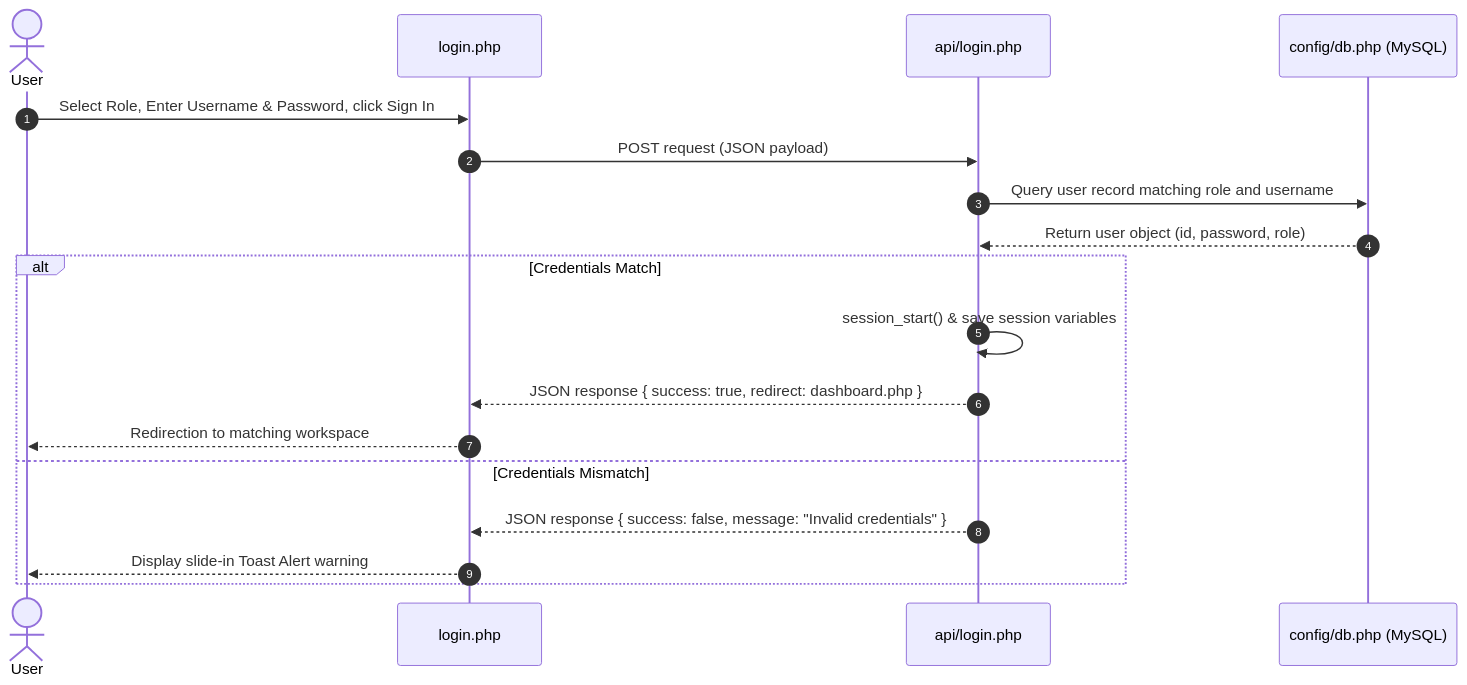
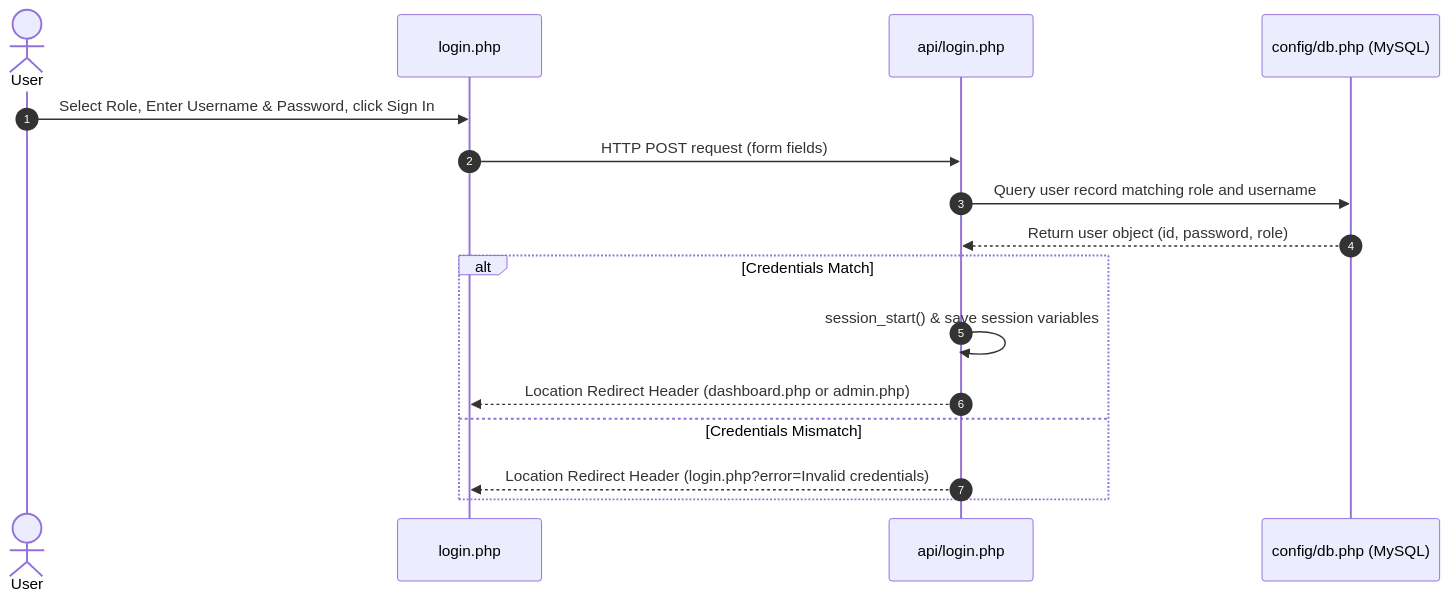
Before and after one commit to Fathima-Asna/ICBT-WEB-Development: the third of 6 diagrams in README.md, drawn with Mermaid. The commit also changed other lines of this file, not shown here.

Commit message:
Update README.md with detailed file descriptions, sitemap, UML use case, and sequence diagrams matching the new standard form-based architecture

````diff
--- a/README.md
+++ b/README.md
@@ -133,21 +165,19 @@
 ```mermaid
 sequenceDiagram
     autonumber
     actor User
     participant Login as login.php
     participant API as api/login.php
     participant DB as config/db.php (MySQL)
     
     User->>Login: Select Role, Enter Username & Password, click Sign In
-    Login->>API: POST request (JSON payload)
+    Login->>API: HTTP POST request (form fields)
     API->>DB: Query user record matching role and username
     DB-->>API: Return user object (id, password, role)
     alt Credentials Match
         API->>API: session_start() & save session variables
-        API-->>Login: JSON response { success: true, redirect: dashboard.php }
-        Login-->>User: Redirection to matching workspace
+        API-->>Login: Location Redirect Header (dashboard.php or admin.php)
     else Credentials Mismatch
-        API-->>Login: JSON response { success: false, message: "Invalid credentials" }
-        Login-->>User: Display slide-in Toast Alert warning
+        API-->>Login: Location Redirect Header (login.php?error=Invalid credentials)
     end
 ```
````
